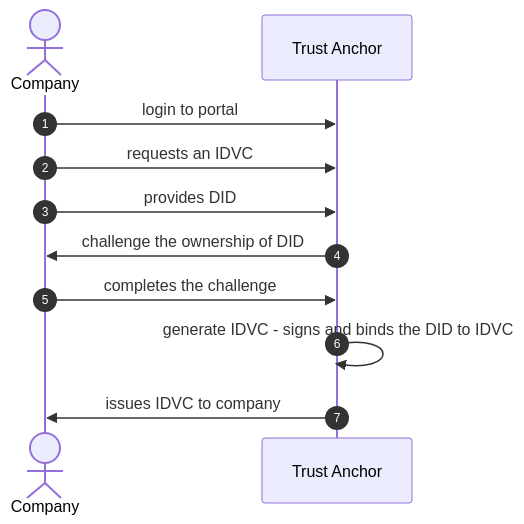
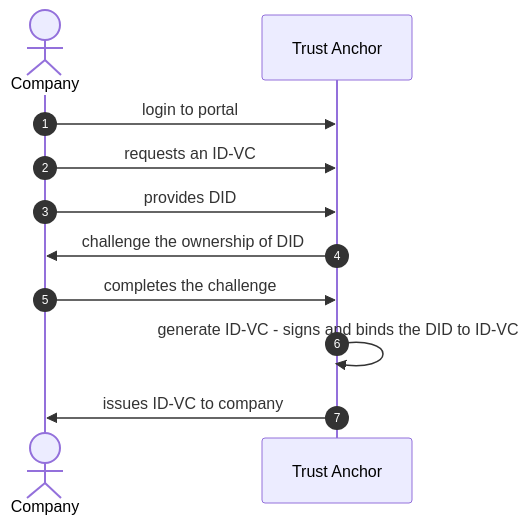
Before and after one commit to TradeTrust/documentation: the diagram in docs/reference/tradetrust-v4/idvc-flowchart-user-trust-anchor.md, drawn with Mermaid.

Commit message:
minor update on terms
IDVC to ID-VC

````diff
--- a/docs/reference/tradetrust-v4/idvc-flowchart-user-trust-anchor.md
+++ b/docs/reference/tradetrust-v4/idvc-flowchart-user-trust-anchor.md
@@ -3,13 +3,13 @@
 ```mermaid
 sequenceDiagram
     autonumber
     actor Company
     participant Trust Anchor
     Company->>Trust Anchor: login to portal
-    Company->>Trust Anchor: requests an IDVC 
+    Company->>Trust Anchor: requests an ID-VC 
     Company->>Trust Anchor: provides DID
     Trust Anchor->>Company: challenge the ownership of DID
     Company->>Trust Anchor: completes the challenge
-    Trust Anchor->>Trust Anchor: generate IDVC - signs and binds the DID to IDVC
-    Trust Anchor->>Company: issues IDVC to company
+    Trust Anchor->>Trust Anchor: generate ID-VC - signs and binds the DID to ID-VC
+    Trust Anchor->>Company: issues ID-VC to company
 ```
````
